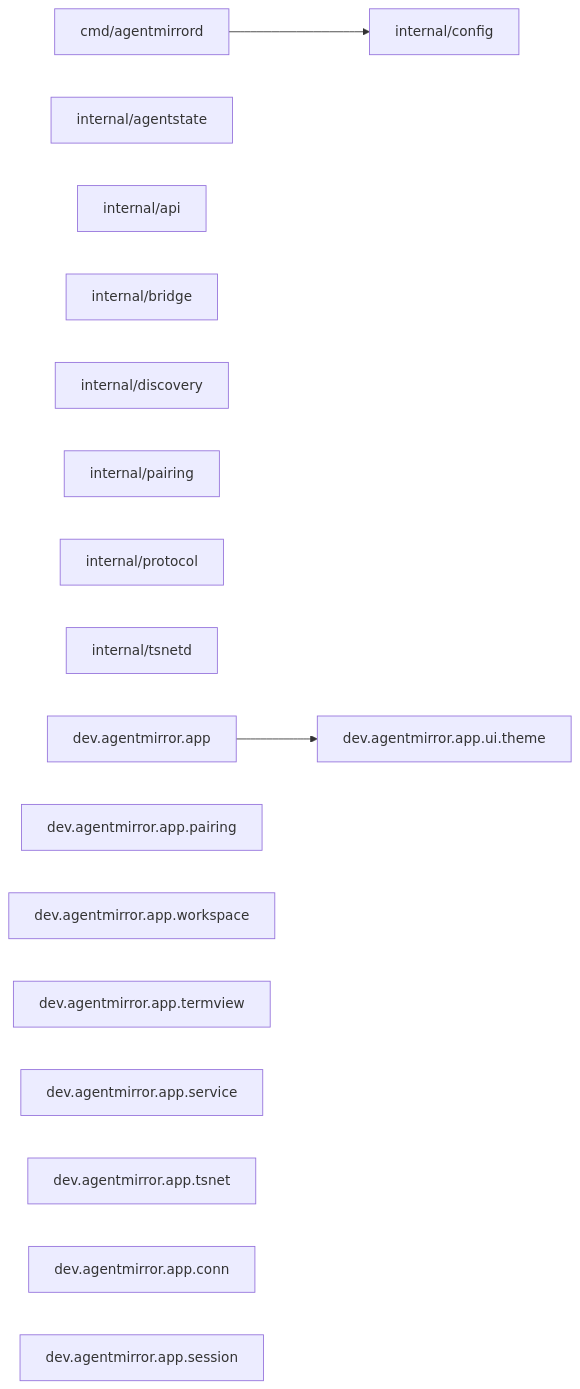
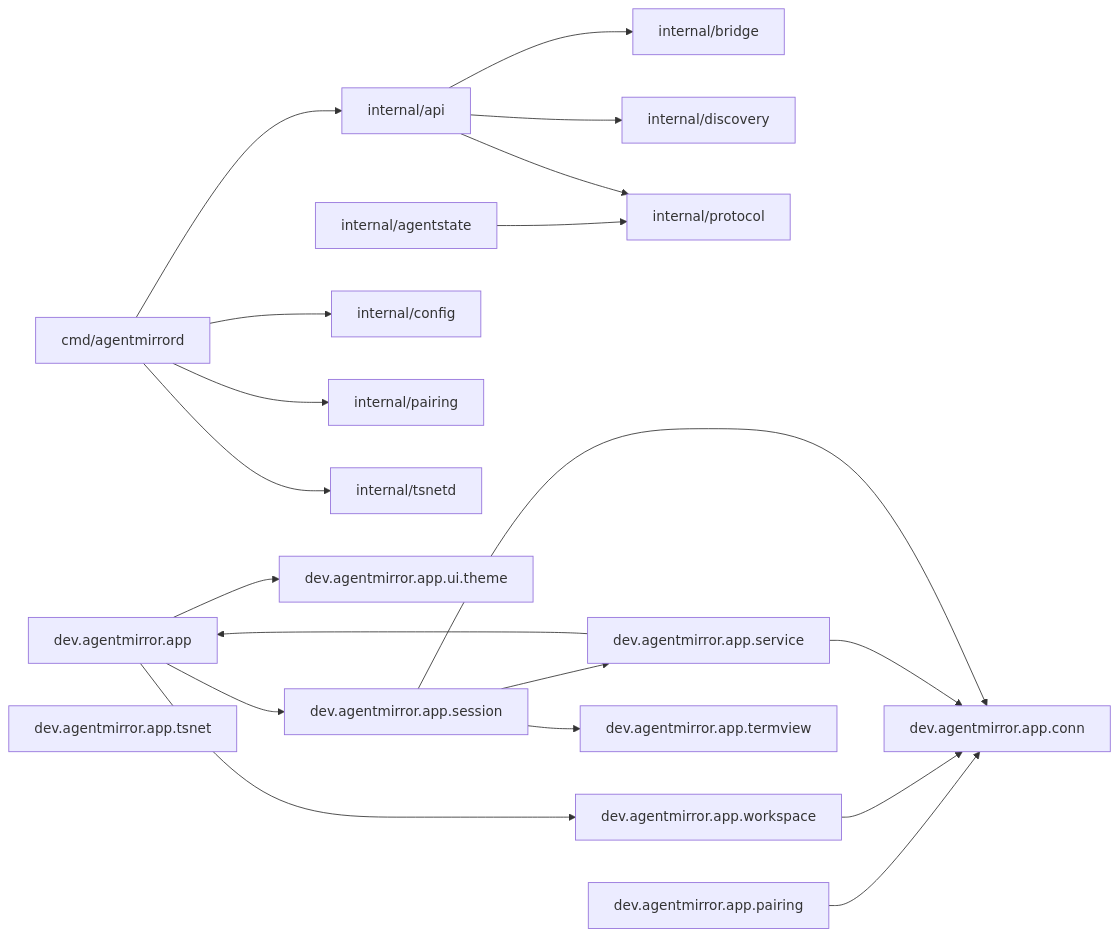
One commit to Florious95/corral-core changed the diagram in docs/wiki/README.md. Above: the diagram before and after it, drawn with Mermaid. The commit also changed other lines of this file and 28 other files, not shown here.

Commit message:
naming 验收入库（agentmirror 转正）；app-tsnet 攻坚席（Fable5）开工

````diff
--- a/docs/wiki/README.md
+++ b/docs/wiki/README.md
@@ -17,23 +17,39 @@
 ```mermaid
 flowchart LR
     go_cmd_agentmirrord["cmd/agentmirrord"]
     go_internal_agentstate["internal/agentstate"]
     go_internal_api["internal/api"]
     go_internal_bridge["internal/bridge"]
     go_internal_config["internal/config"]
     go_internal_discovery["internal/discovery"]
     go_internal_pairing["internal/pairing"]
     go_internal_protocol["internal/protocol"]
     go_internal_tsnetd["internal/tsnetd"]
     kt_dev_agentmirror_app["dev.agentmirror.app"]
     kt_dev_agentmirror_app_ui_theme["dev.agentmirror.app.ui.theme"]
     kt_dev_agentmirror_app_pairing["dev.agentmirror.app.pairing"]
     kt_dev_agentmirror_app_workspace["dev.agentmirror.app.workspace"]
     kt_dev_agentmirror_app_termview["dev.agentmirror.app.termview"]
     kt_dev_agentmirror_app_service["dev.agentmirror.app.service"]
     kt_dev_agentmirror_app_tsnet["dev.agentmirror.app.tsnet"]
     kt_dev_agentmirror_app_conn["dev.agentmirror.app.conn"]
     kt_dev_agentmirror_app_session["dev.agentmirror.app.session"]
+    go_cmd_agentmirrord --> go_internal_api
     go_cmd_agentmirrord --> go_internal_config
+    go_cmd_agentmirrord --> go_internal_pairing
+    go_cmd_agentmirrord --> go_internal_tsnetd
+    go_internal_agentstate --> go_internal_protocol
+    go_internal_api --> go_internal_bridge
+    go_internal_api --> go_internal_discovery
+    go_internal_api --> go_internal_protocol
+    kt_dev_agentmirror_app --> kt_dev_agentmirror_app_session
     kt_dev_agentmirror_app --> kt_dev_agentmirror_app_ui_theme
+    kt_dev_agentmirror_app --> kt_dev_agentmirror_app_workspace
+    kt_dev_agentmirror_app_pairing --> kt_dev_agentmirror_app_conn
+    kt_dev_agentmirror_app_workspace --> kt_dev_agentmirror_app_conn
+    kt_dev_agentmirror_app_service --> kt_dev_agentmirror_app
+    kt_dev_agentmirror_app_service --> kt_dev_agentmirror_app_conn
+    kt_dev_agentmirror_app_session --> kt_dev_agentmirror_app_conn
+    kt_dev_agentmirror_app_session --> kt_dev_agentmirror_app_service
+    kt_dev_agentmirror_app_session --> kt_dev_agentmirror_app_termview
 ```
````
